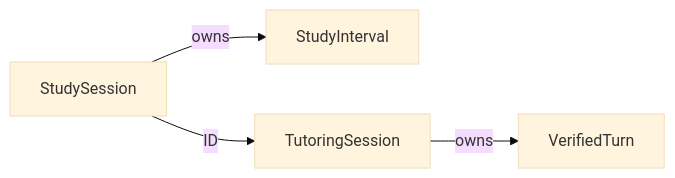
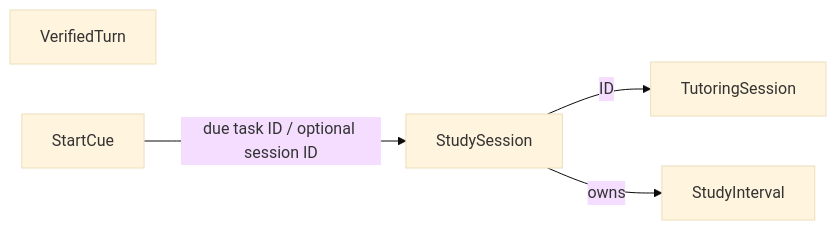
One commit to johanchow/duxue changed the first of 9 diagrams in docs/technical/domain-study.md. Above: the diagram before and after it, drawn with Mermaid (base theme). The commit also changed other lines of this file and 16 other files, not shown here.

First line of the commit message:
Invite the student when a planned task is due but not started.

````diff
--- a/docs/technical/domain-study.md
+++ b/docs/technical/domain-study.md
@@ -45,10 +62,11 @@
 ```mermaid
 flowchart LR
     SS[StudySession]
     IV[StudyInterval]
     TS[TutoringSession]
     VT[VerifiedTurn]
+    SC[StartCue]
     SS -->|ID| TS
     SS -->|owns| IV
-    TS -->|owns| VT
+    SC -->|due task ID / optional session ID| SS
 ```
````
